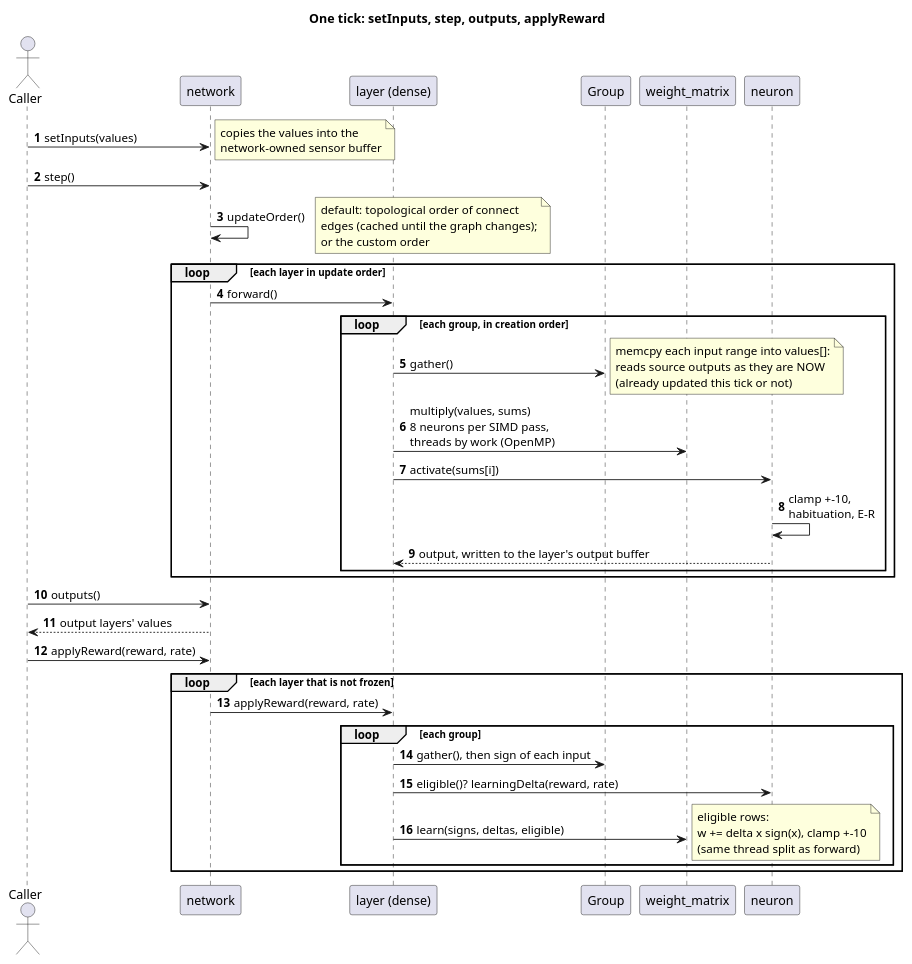
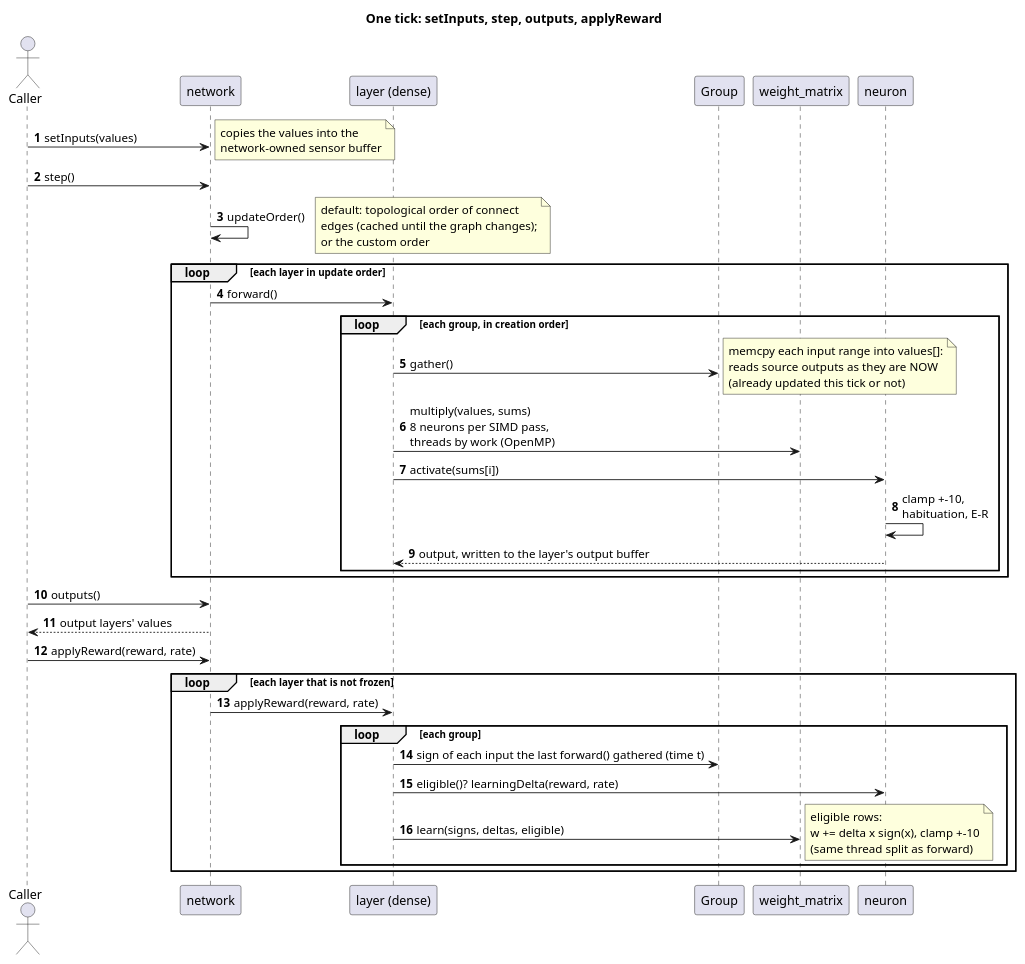
The diagram in doc/diagrams/sequence_step.puml (arielkonopka/exRelaxer), drawn with PlantUML before and after one commit. The commit also changed 12 other files, not shown here.

First line of the commit message:
Sign rule learns from the inputs its forward pass summed (time t)

```diff
--- a/doc/diagrams/sequence_step.puml
+++ b/doc/diagrams/sequence_step.puml
@@ -1,60 +1,60 @@
 @startuml sequence_step
 skinparam shadowing false
 skinparam sequenceMessageAlign left
 autonumber
 
 title One tick: setInputs, step, outputs, applyReward
 
 actor Caller
 participant network
 participant "layer (dense)" as L
 participant "Group" as G
 participant "weight_matrix" as W
 participant neuron
 
 Caller -> network : setInputs(values)
 note right : copies the values into the\nnetwork-owned sensor buffer
 
 Caller -> network : step()
 network -> network : updateOrder()
 note right
   default: topological order of connect
   edges (cached until the graph changes);
   or the custom order
 end note
 
 loop each layer in update order
   network -> L : forward()
   loop each group, in creation order
     L -> G : gather()
     note right
       memcpy each input range into values[]:
       reads source outputs as they are NOW
       (already updated this tick or not)
     end note
     L -> W : multiply(values, sums)\n8 neurons per SIMD pass,\nthreads by work (OpenMP)
     L -> neuron : activate(sums[i])
     neuron -> neuron : clamp +-10,\nhabituation, E-R
     neuron --> L : output, written to the layer's output buffer
   end
 end
 
 Caller -> network : outputs()
 network --> Caller : output layers' values
 
 Caller -> network : applyReward(reward, rate)
 loop each layer that is not frozen
   network -> L : applyReward(reward, rate)
   loop each group
-    L -> G : gather(), then sign of each input
+    L -> G : sign of each input the last forward() gathered (time t)
     L -> neuron : eligible()? learningDelta(reward, rate)
     L -> W : learn(signs, deltas, eligible)
     note right
       eligible rows:
       w += delta x sign(x), clamp +-10
       (same thread split as forward)
     end note
   end
 end
 
 @enduml
```
